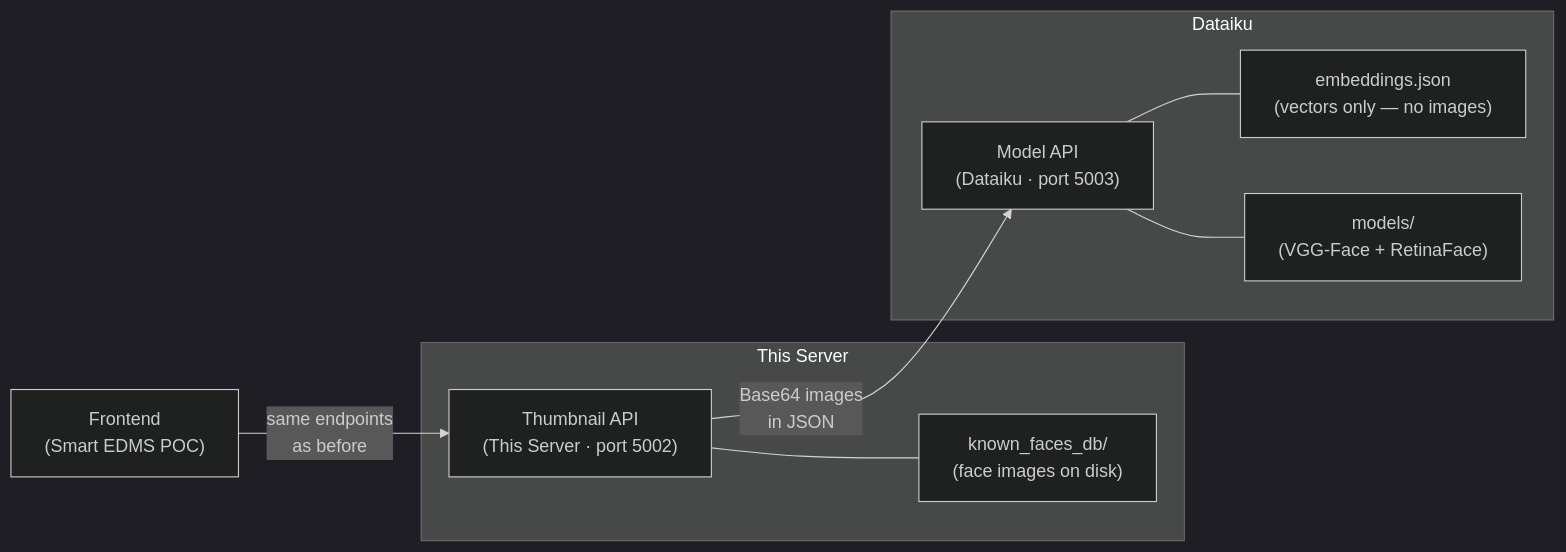
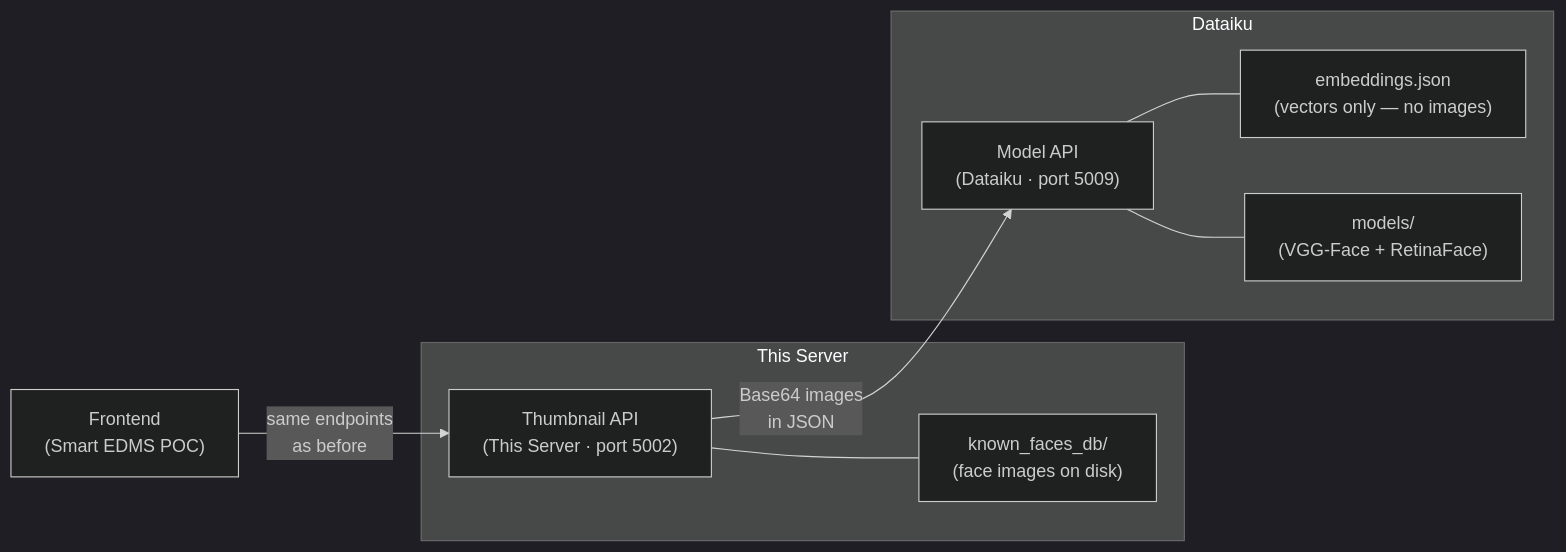
Before and after one commit to Karimk94/Face-Recognition-py: the first of 3 diagrams in ARCHITECTURE.md, drawn with Mermaid (dark theme). The commit also changed other lines of this file and 4 other files, not shown here.

Commit message:
feat: migrate face recognition from disk-based storage to ChromaDB for embedding management and update Dataiku integration port

````diff
--- a/ARCHITECTURE.md
+++ b/ARCHITECTURE.md
@@ -11,14 +11,14 @@
 ```mermaid
 graph LR
     FE["Frontend<br/>(Smart EDMS POC)"] -->|"same endpoints<br/>as before"| TH["Thumbnail API<br/>(This Server · port 5002)"]
-    TH -->|"Base64 images<br/>in JSON"| DK["Model API<br/>(Dataiku · port 5003)"]
+    TH -->|"Base64 images<br/>in JSON"| DK["Model API<br/>(Dataiku · port 5009)"]
     
     subgraph "This Server"
         TH --- DB["known_faces_db/<br/>(face images on disk)"]
     end
     
     subgraph "Dataiku"
         DK --- EMB["embeddings.json<br/>(vectors only — no images)"]
         DK --- MDL["models/<br/>(VGG-Face + RetinaFace)"]
     end
 ```
````
